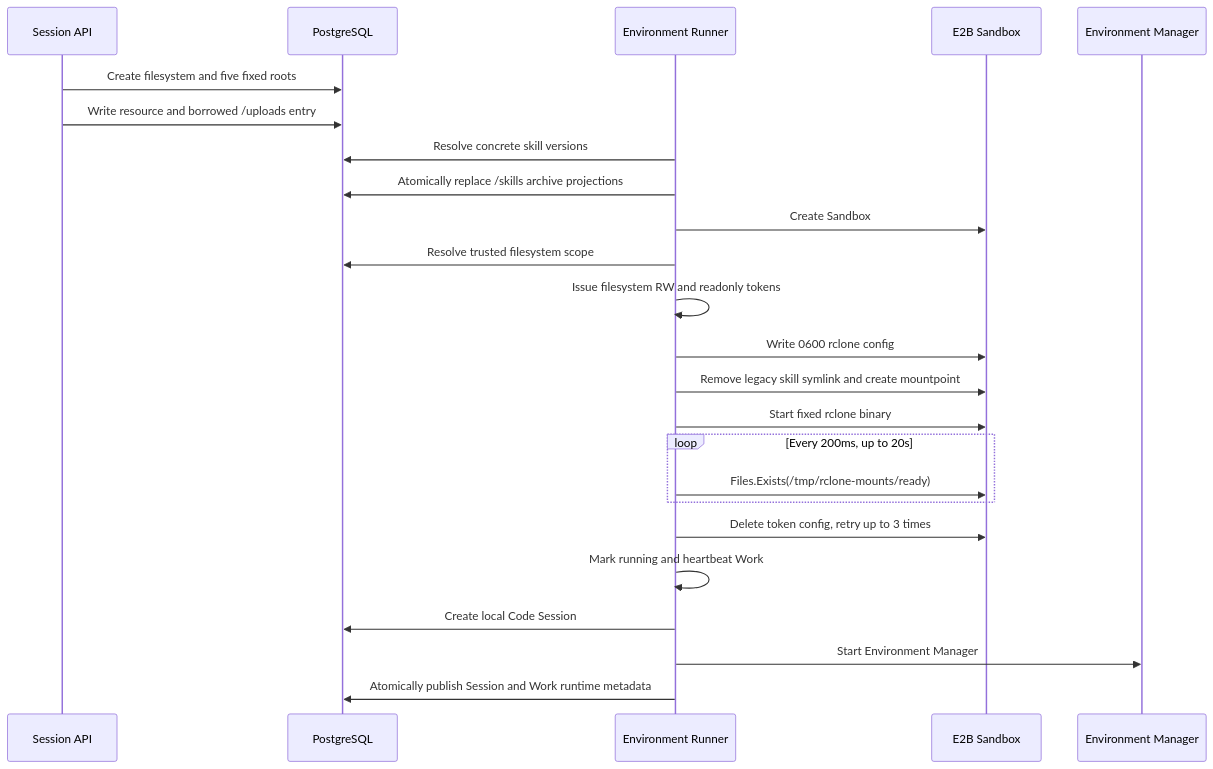
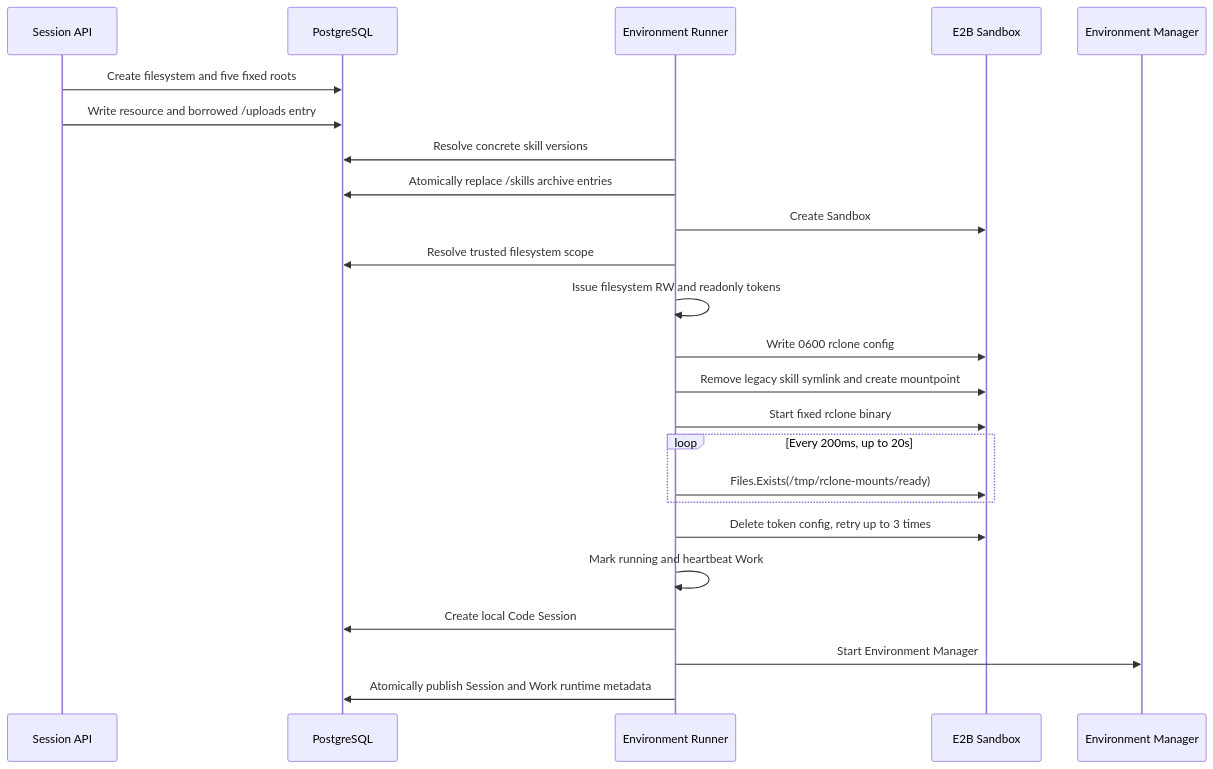
Before and after one commit to superduck-ai/open-managed-agents: the second of 4 diagrams in docs/design/be/filestore.md, drawn with Mermaid. The commit also changed other lines of this file and 19 other files, not shown here.

````diff
--- a/docs/design/be/filestore.md
+++ b/docs/design/be/filestore.md
@@ -131,26 +131,26 @@
 ```mermaid
 sequenceDiagram
     participant A as Session API
     participant D as PostgreSQL
     participant R as Environment Runner
     participant E as E2B Sandbox
     participant M as Environment Manager
     A->>D: Create filesystem and five fixed roots
     A->>D: Write resource and borrowed /uploads entry
     R->>D: Resolve concrete skill versions
-    R->>D: Atomically replace /skills archive projections
+    R->>D: Atomically replace /skills archive entries
     R->>E: Create Sandbox
     R->>D: Resolve trusted filesystem scope
     R->>R: Issue filesystem RW and readonly tokens
     R->>E: Write 0600 rclone config
     R->>E: Remove legacy skill symlink and create mountpoint
     R->>E: Start fixed rclone binary
     loop Every 200ms, up to 20s
         R->>E: Files.Exists(/tmp/rclone-mounts/ready)
     end
     R->>E: Delete token config, retry up to 3 times
     R->>R: Mark running and heartbeat Work
     R->>D: Create local Code Session
     R->>M: Start Environment Manager
     R->>D: Atomically publish Session and Work runtime metadata
 ```
````
